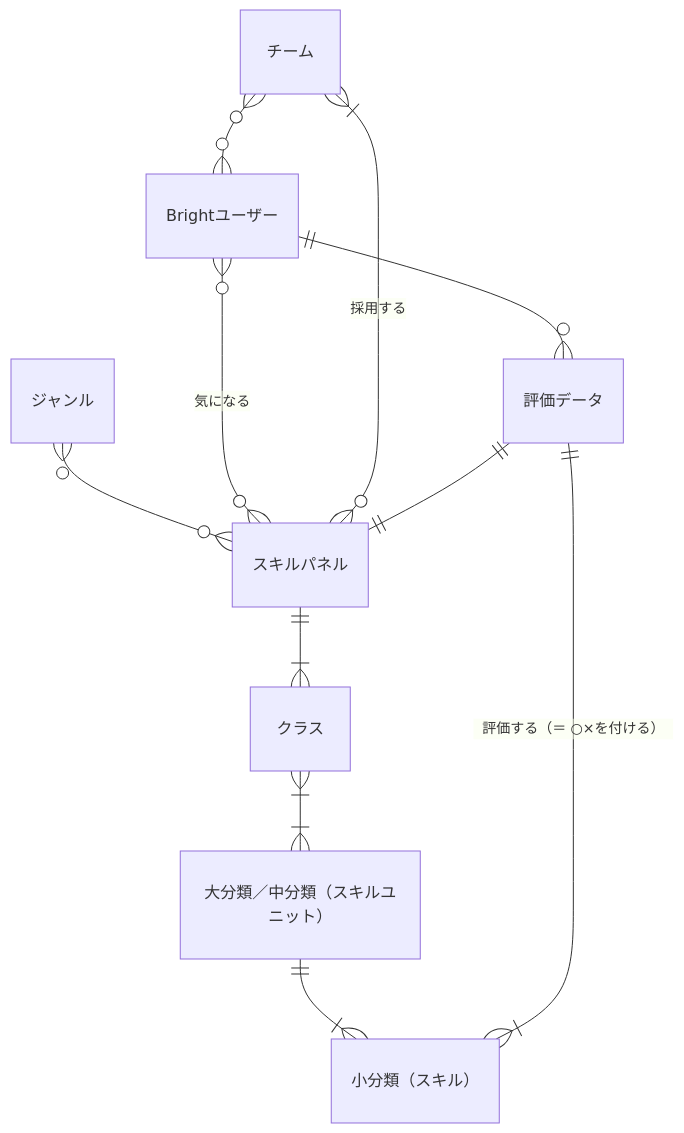
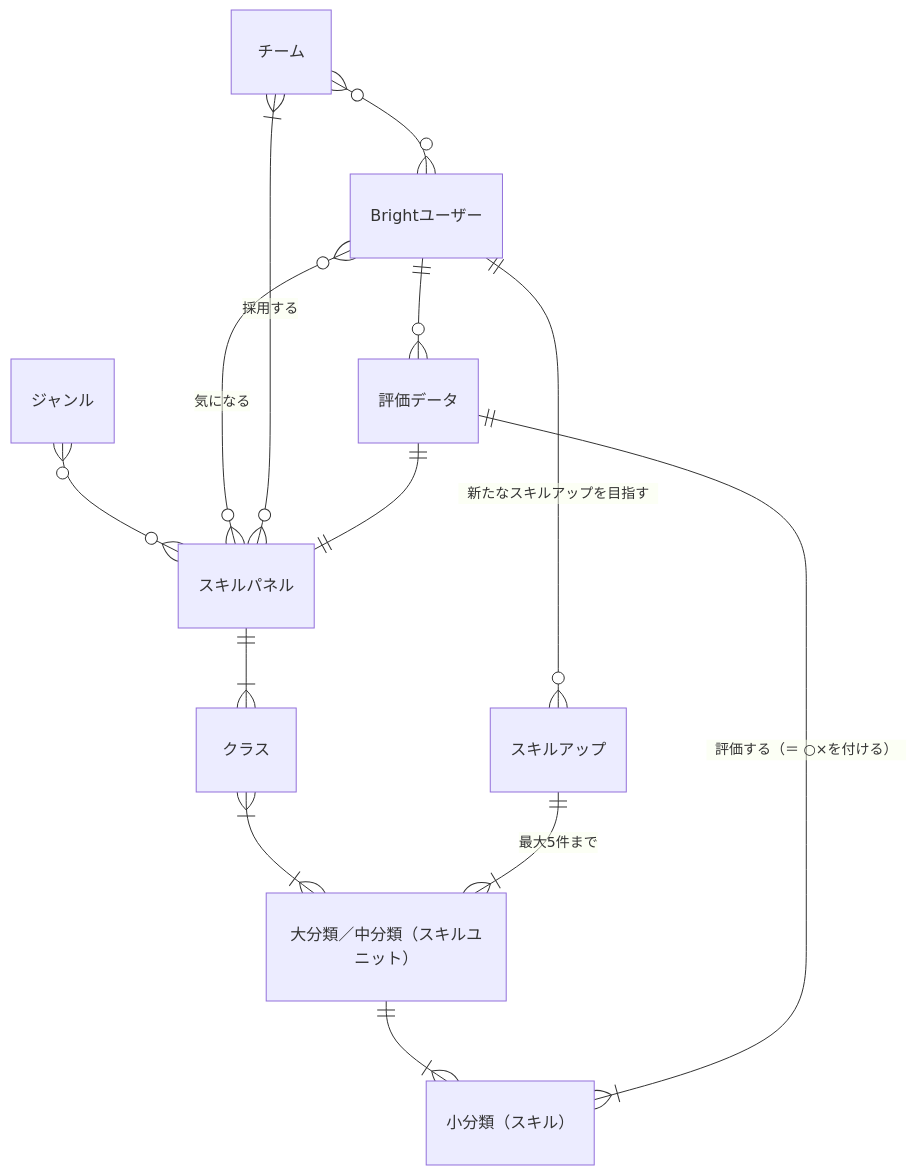
The diagram in docs/conceptual_schemas/skills.md (bright-org/bright), drawn with Mermaid before and after one commit. The commit also changed other lines of this file, not shown here.

Commit message:
docs: add improving skills to conceptual schema for skills

````diff
--- a/docs/conceptual_schemas/skills.md
+++ b/docs/conceptual_schemas/skills.md
@@ -19,13 +20,15 @@
 ```mermaid
 erDiagram
   "スキルパネル" ||--|{ "クラス" : ""
   "クラス" }|--|{ "大分類／中分類（スキルユニット）" : ""
   "大分類／中分類（スキルユニット）" ||--|{ "小分類（スキル）" : ""
   "ジャンル" }o--o{ "スキルパネル" : ""
   "Brightユーザー" }o--o{ "スキルパネル" : "気になる"
   "Brightユーザー" ||--o{ "評価データ" : ""
   "チーム" }o--o{ "Brightユーザー" : ""
   "チーム" }|--o{ "スキルパネル" : "採用する"
   "評価データ" ||--|| "スキルパネル" : ""
   "評価データ" ||--|{ "小分類（スキル）" : "評価する（＝ ○×を付ける）"
+  "Brightユーザー" ||--o{ "スキルアップ" : "新たなスキルアップを目指す"
+  "スキルアップ" ||--|{ "大分類／中分類（スキルユニット）" : "最大5件まで"
 ```
````
